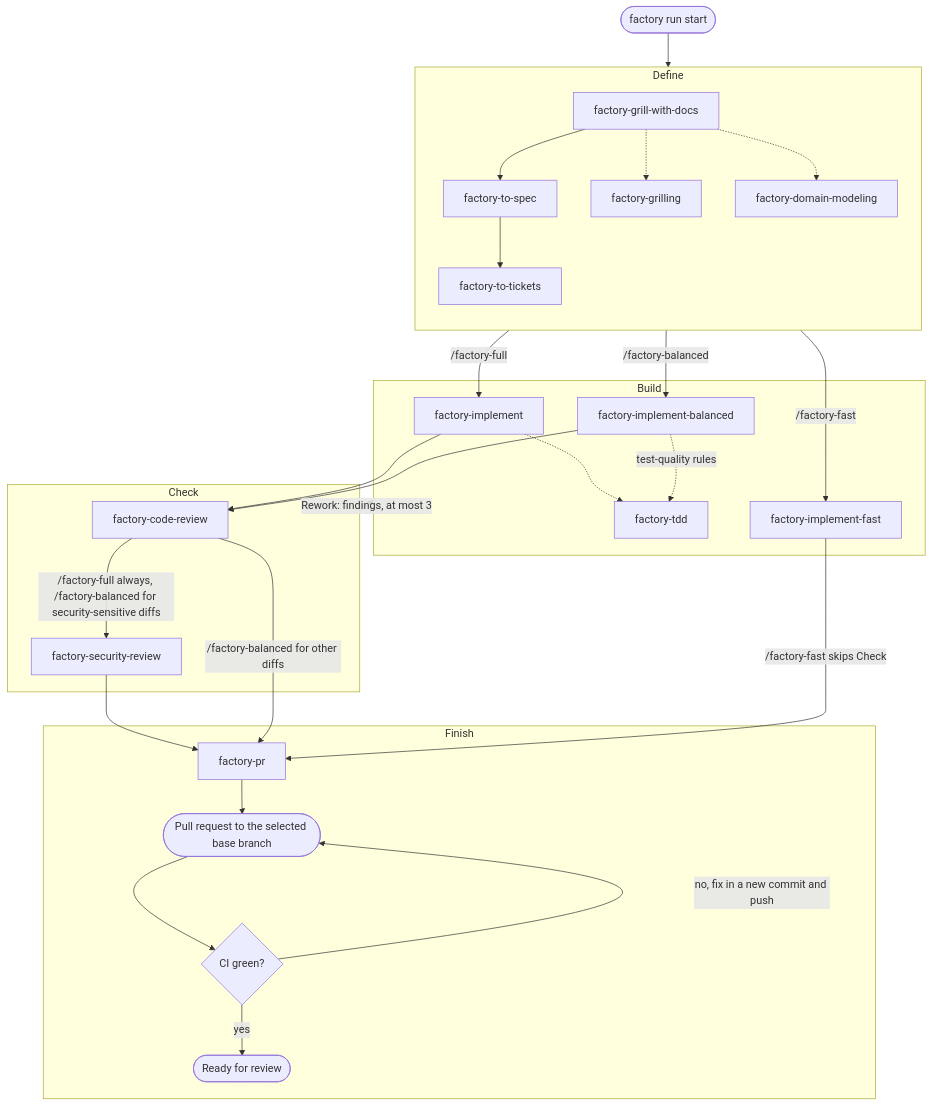
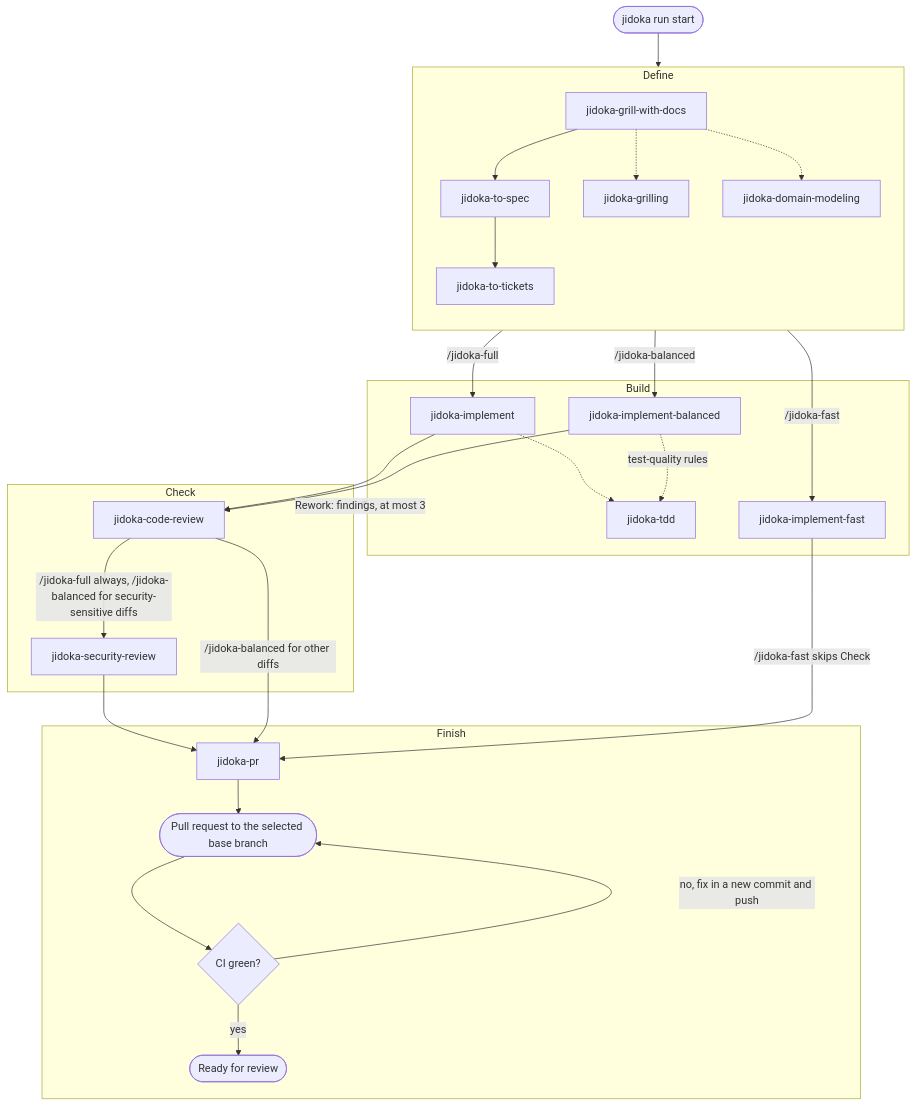
The diagram in README.md (TDSchreur/jidoka), drawn with Mermaid before and after one commit. The commit also changed other lines of this file and 199 other files, not shown here.

First line of the commit message:
Rename to Jidoka, add MIT license and SignPath code signing (#347)

````diff
--- a/README.md
+++ b/README.md
@@ -224,38 +224,38 @@
 ```mermaid
 flowchart TB
-    start([factory run start]) --> define
+    start([jidoka run start]) --> define
 
     subgraph define [Define]
         direction TB
-        grill[factory-grill-with-docs] --> spec[factory-to-spec] --> tickets[factory-to-tickets]
-        grill -.-> grilling[factory-grilling]
-        grill -.-> domain[factory-domain-modeling]
+        grill[jidoka-grill-with-docs] --> spec[jidoka-to-spec] --> tickets[jidoka-to-tickets]
+        grill -.-> grilling[jidoka-grilling]
+        grill -.-> domain[jidoka-domain-modeling]
     end
 
     subgraph build [Build]
-        impl[factory-implement] -.-> tdd[factory-tdd]
-        implbal[factory-implement-balanced] -.->|test-quality rules| tdd
-        implfast[factory-implement-fast]
+        impl[jidoka-implement] -.-> tdd[jidoka-tdd]
+        implbal[jidoka-implement-balanced] -.->|test-quality rules| tdd
+        implfast[jidoka-implement-fast]
     end
 
     subgraph check [Check]
-        review[factory-code-review] -->|/factory-full always, /factory-balanced for security-sensitive diffs| security[factory-security-review]
+        review[jidoka-code-review] -->|/jidoka-full always, /jidoka-balanced for security-sensitive diffs| security[jidoka-security-review]
     end
 
     subgraph finish [Finish]
-        pr[factory-pr] --> pull([Pull request to the selected base branch])
+        pr[jidoka-pr] --> pull([Pull request to the selected base branch])
         pull --> ci{CI green?}
         ci -->|no, fix in a new commit and push| pull
         ci -->|yes| done([Ready for review])
     end
 
-    define -->|/factory-full| impl
-    define -->|/factory-balanced| implbal
-    define -->|/factory-fast| implfast
+    define -->|/jidoka-full| impl
+    define -->|/jidoka-balanced| implbal
+    define -->|/jidoka-fast| implfast
     impl --> review
     implbal --> review
     check -.->|Rework: findings, at most 3| build
     security --> pr
-    review -->|/factory-balanced for other diffs| pr
-    implfast -->|/factory-fast skips Check| pr
+    review -->|/jidoka-balanced for other diffs| pr
+    implfast -->|/jidoka-fast skips Check| pr
 ```
````
